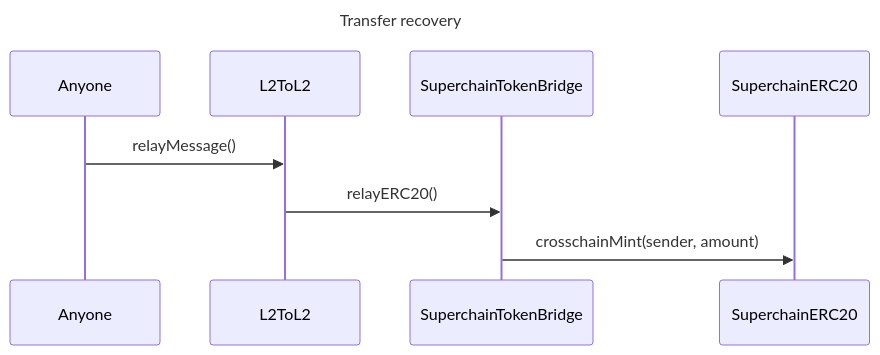
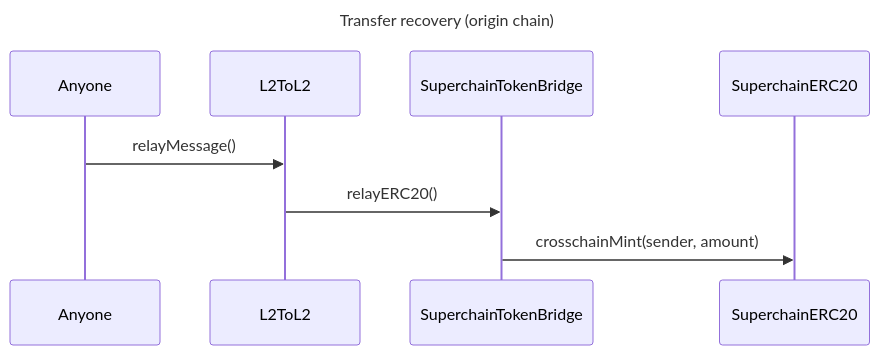
Before and after one commit to ethereum-optimism/design-docs: the fourth of 4 diagrams in protocol/superchain-erc20/expired-transfers.md, drawn with Mermaid. The commit also changed other lines of this file, not shown here.

````diff
--- a/protocol/superchain-erc20/expired-transfers.md
+++ b/protocol/superchain-erc20/expired-transfers.md
@@ -82,8 +136,8 @@
 ```mermaid
 sequenceDiagram
-title Transfer recovery
+title Transfer recovery (origin chain)
 
 Anyone ->> L2ToL2: relayMessage()
 L2ToL2 ->> SuperchainTokenBridge: relayERC20()
 SuperchainTokenBridge ->> SuperchainERC20: crosschainMint(sender, amount)
 ```
````
